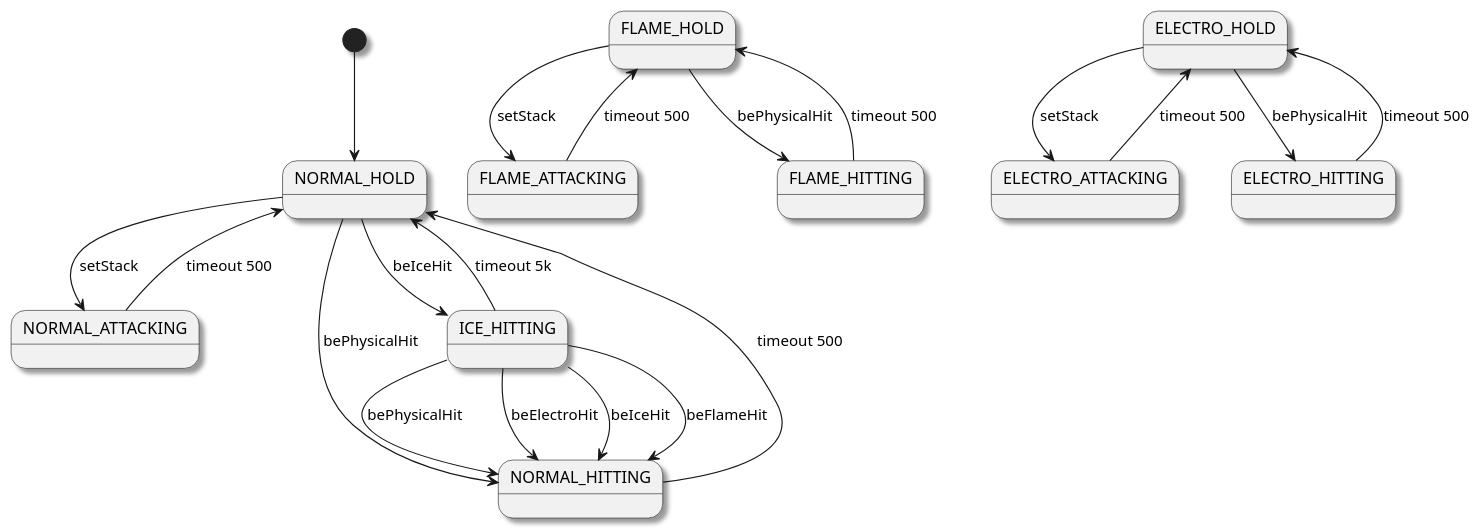
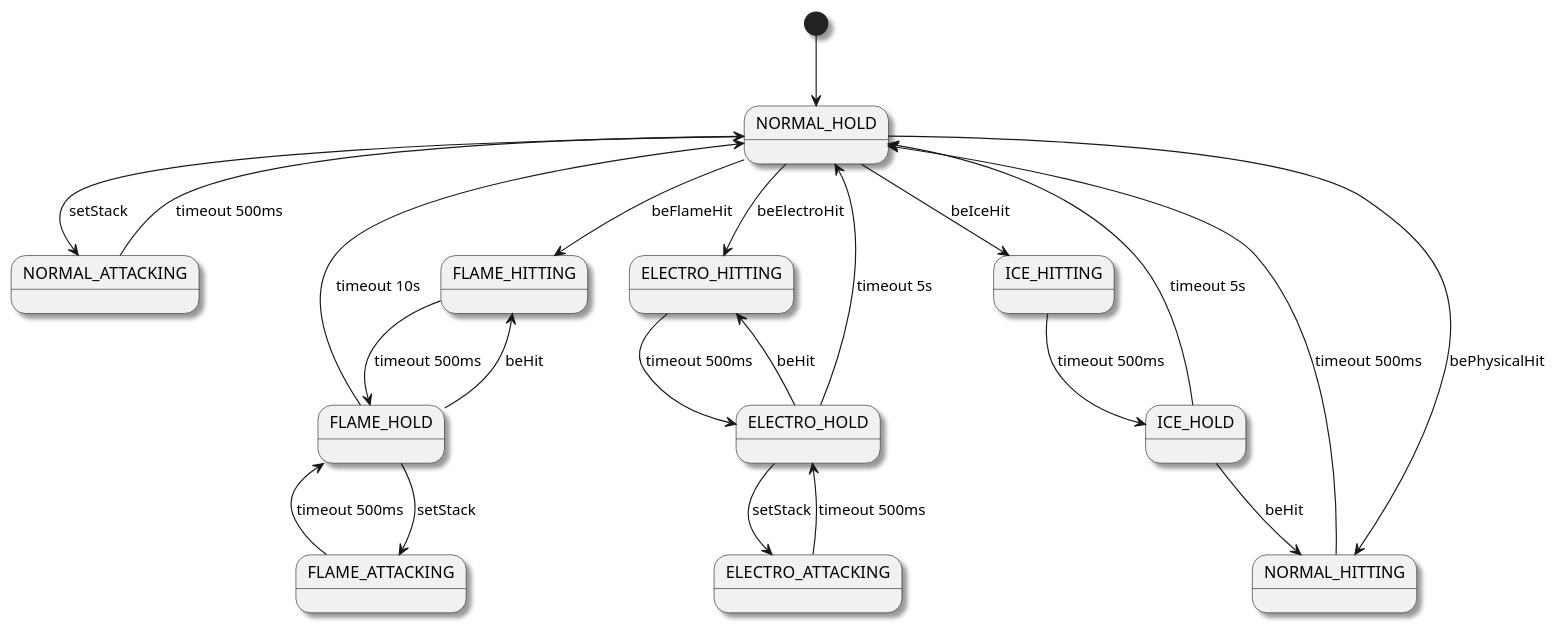
One commit to tingyunaiai9/The-Journey-of-Wizard changed the diagram in doc/hero_state.pu. Above: the diagram before and after it, drawn with PlantUML. The commit also changed 6 other files, not shown here.

```diff
--- a/doc/hero_state.pu
+++ b/doc/hero_state.pu
@@ -1,31 +1,34 @@
 @startuml
 
 skinparam shadowing true
 
 [*] --> NORMAL_HOLD
 
 NORMAL_HOLD --> NORMAL_ATTACKING : setStack
-NORMAL_ATTACKING --> NORMAL_HOLD : timeout 500
 NORMAL_HOLD --> NORMAL_HITTING : bePhysicalHit
-NORMAL_HITTING --> NORMAL_HOLD : timeout 500
+NORMAL_HOLD --> FLAME_HITTING : beFlameHit
+NORMAL_HOLD --> ICE_HITTING : beIceHit
+NORMAL_HOLD --> ELECTRO_HITTING : beElectroHit
+NORMAL_ATTACKING --> NORMAL_HOLD : timeout 500ms
+NORMAL_HITTING --> NORMAL_HOLD : timeout 500ms
 
-NORMAL_HOLD --> ICE_HITTING : beIceHit
-ICE_HITTING --> NORMAL_HOLD : timeout 5k
-ICE_HITTING --> NORMAL_HITTING : bePhysicalHit
-ICE_HITTING --> NORMAL_HITTING : beElectroHit
-ICE_HITTING --> NORMAL_HITTING : beIceHit
-ICE_HITTING --> NORMAL_HITTING : beFlameHit
+FLAME_HOLD --> FLAME_ATTACKING : setStack
+FLAME_HOLD --> FLAME_HITTING : beHit
+FLAME_HOLD --> NORMAL_HOLD : timeout 10s
+FLAME_ATTACKING --> FLAME_HOLD : timeout 500ms
+FLAME_HITTING --> FLAME_HOLD : timeout 500ms
+
+ICE_HOLD --> NORMAL_HITTING : beHit
+ICE_HOLD --> NORMAL_HOLD : timeout 5s
+ICE_HITTING --> ICE_HOLD : timeout 500ms
+
+ELECTRO_HOLD --> ELECTRO_ATTACKING : setStack
+ELECTRO_HOLD --> ELECTRO_HITTING : beHit
+ELECTRO_HOLD --> NORMAL_HOLD : timeout 5s
+ELECTRO_ATTACKING --> ELECTRO_HOLD : timeout 500ms
+ELECTRO_HITTING --> ELECTRO_HOLD : timeout 500ms
 
 
 
-FLAME_HOLD --> FLAME_ATTACKING : setStack
-FLAME_ATTACKING --> FLAME_HOLD : timeout 500
-FLAME_HOLD --> FLAME_HITTING : bePhysicalHit
-FLAME_HITTING --> FLAME_HOLD : timeout 500
-
-ELECTRO_HOLD --> ELECTRO_ATTACKING : setStack
-ELECTRO_ATTACKING --> ELECTRO_HOLD : timeout 500
-ELECTRO_HOLD --> ELECTRO_HITTING : bePhysicalHit
-ELECTRO_HITTING --> ELECTRO_HOLD : timeout 500
 
 @enduml
```
